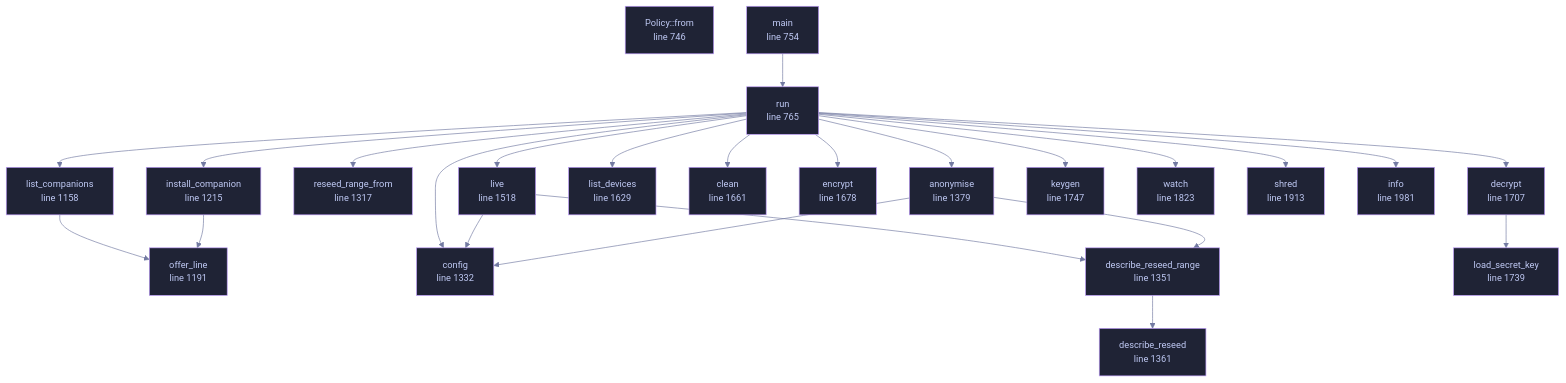
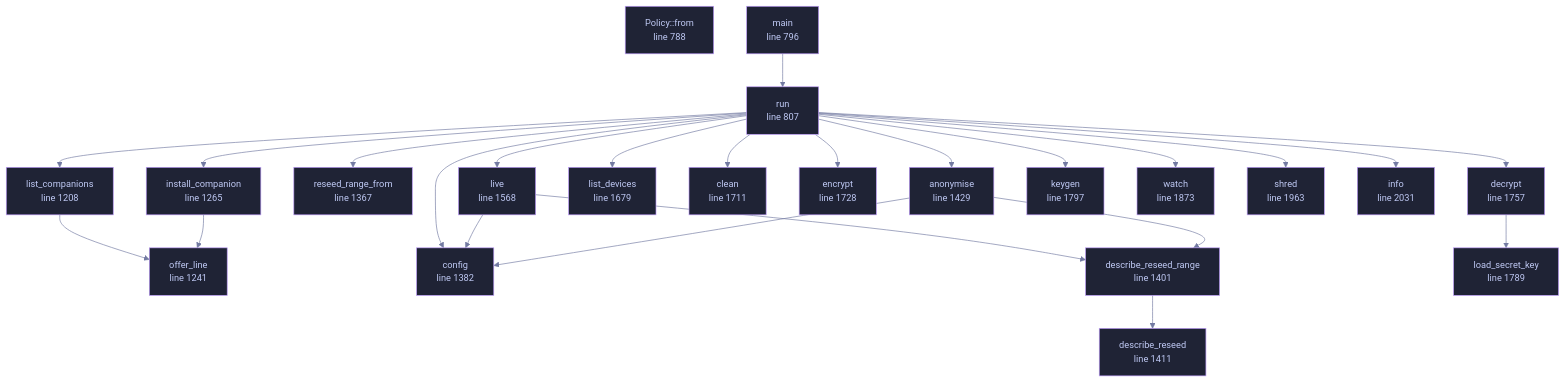
The diagram in docs/files/veilvoice-cli/main.md (tilas01/veilvoice), drawn with Mermaid before and after one commit. The commit also changed other lines of this file and 42 other files, not shown here.

````diff
--- a/docs/files/veilvoice-cli/main.md
+++ b/docs/files/veilvoice-cli/main.md
@@ -129,71 +130,71 @@
 ```mermaid
 %%{init: {"theme":"base","themeVariables":{"background":"#1a1b26","primaryColor":"#1f2335","primaryTextColor":"#c0caf5","primaryBorderColor":"#7aa2f7","secondaryColor":"#16161e","tertiaryColor":"#16161e","lineColor":"#737aa2","textColor":"#c0caf5","mainBkg":"#1f2335","nodeBorder":"#7aa2f7","clusterBkg":"#16161e","clusterBorder":"#2f3549","fontFamily":"ui-monospace, SFMono-Regular, Consolas, monospace","fontSize":"14px"}}}%%
 flowchart TD
-    n_from["Policy::from<br/>line 746"]
-    n_main["main<br/>line 754"]
-    n_run["run<br/>line 765"]
-    n_list_companions["list_companions<br/>line 1158"]
-    n_offer_line["offer_line<br/>line 1191"]
-    n_install_companion["install_companion<br/>line 1215"]
-    n_reseed_range_from["reseed_range_from<br/>line 1317"]
-    n_config["config<br/>line 1332"]
-    n_describe_reseed_range["describe_reseed_range<br/>line 1351"]
-    n_describe_reseed["describe_reseed<br/>line 1361"]
-    n_anonymise["anonymise<br/>line 1379"]
-    n_live["live<br/>line 1518"]
-    n_list_devices["list_devices<br/>line 1629"]
-    n_clean["clean<br/>line 1661"]
-    n_encrypt["encrypt<br/>line 1678"]
-    n_decrypt["decrypt<br/>line 1707"]
-    n_load_secret_key["load_secret_key<br/>line 1739"]
-    n_keygen["keygen<br/>line 1747"]
-    n_watch["watch<br/>line 1823"]
-    n_shred["shred<br/>line 1913"]
-    n_info["info<br/>line 1981"]
+    n_from["Policy::from<br/>line 788"]
+    n_main["main<br/>line 796"]
+    n_run["run<br/>line 807"]
+    n_list_companions["list_companions<br/>line 1208"]
+    n_offer_line["offer_line<br/>line 1241"]
+    n_install_companion["install_companion<br/>line 1265"]
+    n_reseed_range_from["reseed_range_from<br/>line 1367"]
+    n_config["config<br/>line 1382"]
+    n_describe_reseed_range["describe_reseed_range<br/>line 1401"]
+    n_describe_reseed["describe_reseed<br/>line 1411"]
+    n_anonymise["anonymise<br/>line 1429"]
+    n_live["live<br/>line 1568"]
+    n_list_devices["list_devices<br/>line 1679"]
+    n_clean["clean<br/>line 1711"]
+    n_encrypt["encrypt<br/>line 1728"]
+    n_decrypt["decrypt<br/>line 1757"]
+    n_load_secret_key["load_secret_key<br/>line 1789"]
+    n_keygen["keygen<br/>line 1797"]
+    n_watch["watch<br/>line 1873"]
+    n_shred["shred<br/>line 1963"]
+    n_info["info<br/>line 2031"]
     n_anonymise --> n_config
     n_anonymise --> n_describe_reseed_range
     n_decrypt --> n_load_secret_key
     n_describe_reseed_range --> n_describe_reseed
     n_install_companion --> n_offer_line
     n_list_companions --> n_offer_line
     n_live --> n_config
     n_live --> n_describe_reseed_range
     n_main --> n_run
     n_run --> n_anonymise
     n_run --> n_clean
     n_run --> n_config
     n_run --> n_decrypt
     n_run --> n_encrypt
     n_run --> n_info
     n_run --> n_install_companion
     n_run --> n_keygen
     n_run --> n_list_companions
     n_run --> n_list_devices
     n_run --> n_live
     n_run --> n_reseed_range_from
     n_run --> n_shred
     n_run --> n_watch
-    click n_from href "https://github.com/tilas01/veilvoice/blob/main/crates/veilvoice-cli/src/main.rs#L746" "open the source"
-    click n_main href "https://github.com/tilas01/veilvoice/blob/main/crates/veilvoice-cli/src/main.rs#L754" "open the source"
-    click n_run href "https://github.com/tilas01/veilvoice/blob/main/crates/veilvoice-cli/src/main.rs#L765" "open the source"
-    click n_list_companions href "https://github.com/tilas01/veilvoice/blob/main/crates/veilvoice-cli/src/main.rs#L1158" "open the source"
-    click n_offer_line href "https://github.com/tilas01/veilvoice/blob/main/crates/veilvoice-cli/src/main.rs#L1191" "open the source"
-    click n_install_companion href "https://github.com/tilas01/veilvoice/blob/main/crates/veilvoice-cli/src/main.rs#L1215" "open the source"
-    click n_reseed_range_from href "https://github.com/tilas01/veilvoice/blob/main/crates/veilvoice-cli/src/main.rs#L1317" "open the source"
-    click n_config href "https://github.com/tilas01/veilvoice/blob/main/crates/veilvoice-cli/src/main.rs#L1332" "open the source"
-    click n_describe_reseed_range href "https://github.com/tilas01/veilvoice/blob/main/crates/veilvoice-cli/src/main.rs#L1351" "open the source"
-    click n_describe_reseed href "https://github.com/tilas01/veilvoice/blob/main/crates/veilvoice-cli/src/main.rs#L1361" "open the source"
-    click n_anonymise href "https://github.com/tilas01/veilvoice/blob/main/crates/veilvoice-cli/src/main.rs#L1379" "open the source"
-    click n_live href "https://github.com/tilas01/veilvoice/blob/main/crates/veilvoice-cli/src/main.rs#L1518" "open the source"
-    click n_list_devices href "https://github.com/tilas01/veilvoice/blob/main/crates/veilvoice-cli/src/main.rs#L1629" "open the source"
-    click n_clean href "https://github.com/tilas01/veilvoice/blob/main/crates/veilvoice-cli/src/main.rs#L1661" "open the source"
-    click n_encrypt href "https://github.com/tilas01/veilvoice/blob/main/crates/veilvoice-cli/src/main.rs#L1678" "open the source"
-    click n_decrypt href "https://github.com/tilas01/veilvoice/blob/main/crates/veilvoice-cli/src/main.rs#L1707" "open the source"
-    click n_load_secret_key href "https://github.com/tilas01/veilvoice/blob/main/crates/veilvoice-cli/src/main.rs#L1739" "open the source"
-    click n_keygen href "https://github.com/tilas01/veilvoice/blob/main/crates/veilvoice-cli/src/main.rs#L1747" "open the source"
-    click n_watch href "https://github.com/tilas01/veilvoice/blob/main/crates/veilvoice-cli/src/main.rs#L1823" "open the source"
-    click n_shred href "https://github.com/tilas01/veilvoice/blob/main/crates/veilvoice-cli/src/main.rs#L1913" "open the source"
-    click n_info href "https://github.com/tilas01/veilvoice/blob/main/crates/veilvoice-cli/src/main.rs#L1981" "open the source"
+    click n_from href "https://github.com/tilas01/veilvoice/blob/main/crates/veilvoice-cli/src/main.rs#L788" "open the source"
+    click n_main href "https://github.com/tilas01/veilvoice/blob/main/crates/veilvoice-cli/src/main.rs#L796" "open the source"
+    click n_run href "https://github.com/tilas01/veilvoice/blob/main/crates/veilvoice-cli/src/main.rs#L807" "open the source"
+    click n_list_companions href "https://github.com/tilas01/veilvoice/blob/main/crates/veilvoice-cli/src/main.rs#L1208" "open the source"
+    click n_offer_line href "https://github.com/tilas01/veilvoice/blob/main/crates/veilvoice-cli/src/main.rs#L1241" "open the source"
+    click n_install_companion href "https://github.com/tilas01/veilvoice/blob/main/crates/veilvoice-cli/src/main.rs#L1265" "open the source"
+    click n_reseed_range_from href "https://github.com/tilas01/veilvoice/blob/main/crates/veilvoice-cli/src/main.rs#L1367" "open the source"
+    click n_config href "https://github.com/tilas01/veilvoice/blob/main/crates/veilvoice-cli/src/main.rs#L1382" "open the source"
+    click n_describe_reseed_range href "https://github.com/tilas01/veilvoice/blob/main/crates/veilvoice-cli/src/main.rs#L1401" "open the source"
+    click n_describe_reseed href "https://github.com/tilas01/veilvoice/blob/main/crates/veilvoice-cli/src/main.rs#L1411" "open the source"
+    click n_anonymise href "https://github.com/tilas01/veilvoice/blob/main/crates/veilvoice-cli/src/main.rs#L1429" "open the source"
+    click n_live href "https://github.com/tilas01/veilvoice/blob/main/crates/veilvoice-cli/src/main.rs#L1568" "open the source"
+    click n_list_devices href "https://github.com/tilas01/veilvoice/blob/main/crates/veilvoice-cli/src/main.rs#L1679" "open the source"
+    click n_clean href "https://github.com/tilas01/veilvoice/blob/main/crates/veilvoice-cli/src/main.rs#L1711" "open the source"
+    click n_encrypt href "https://github.com/tilas01/veilvoice/blob/main/crates/veilvoice-cli/src/main.rs#L1728" "open the source"
+    click n_decrypt href "https://github.com/tilas01/veilvoice/blob/main/crates/veilvoice-cli/src/main.rs#L1757" "open the source"
+    click n_load_secret_key href "https://github.com/tilas01/veilvoice/blob/main/crates/veilvoice-cli/src/main.rs#L1789" "open the source"
+    click n_keygen href "https://github.com/tilas01/veilvoice/blob/main/crates/veilvoice-cli/src/main.rs#L1797" "open the source"
+    click n_watch href "https://github.com/tilas01/veilvoice/blob/main/crates/veilvoice-cli/src/main.rs#L1873" "open the source"
+    click n_shred href "https://github.com/tilas01/veilvoice/blob/main/crates/veilvoice-cli/src/main.rs#L1963" "open the source"
+    click n_info href "https://github.com/tilas01/veilvoice/blob/main/crates/veilvoice-cli/src/main.rs#L2031" "open the source"
     classDef helper fill:#1f2335,stroke:#bb9af7,color:#c0caf5
     class n_from,n_main,n_run,n_list_companions,n_offer_line,n_install_companion,n_reseed_range_from,n_config,n_describe_reseed_range,n_describe_reseed,n_anonymise,n_live,n_list_devices,n_clean,n_encrypt,n_decrypt,n_load_secret_key,n_keygen,n_watch,n_shred,n_info helper
 ```
````
